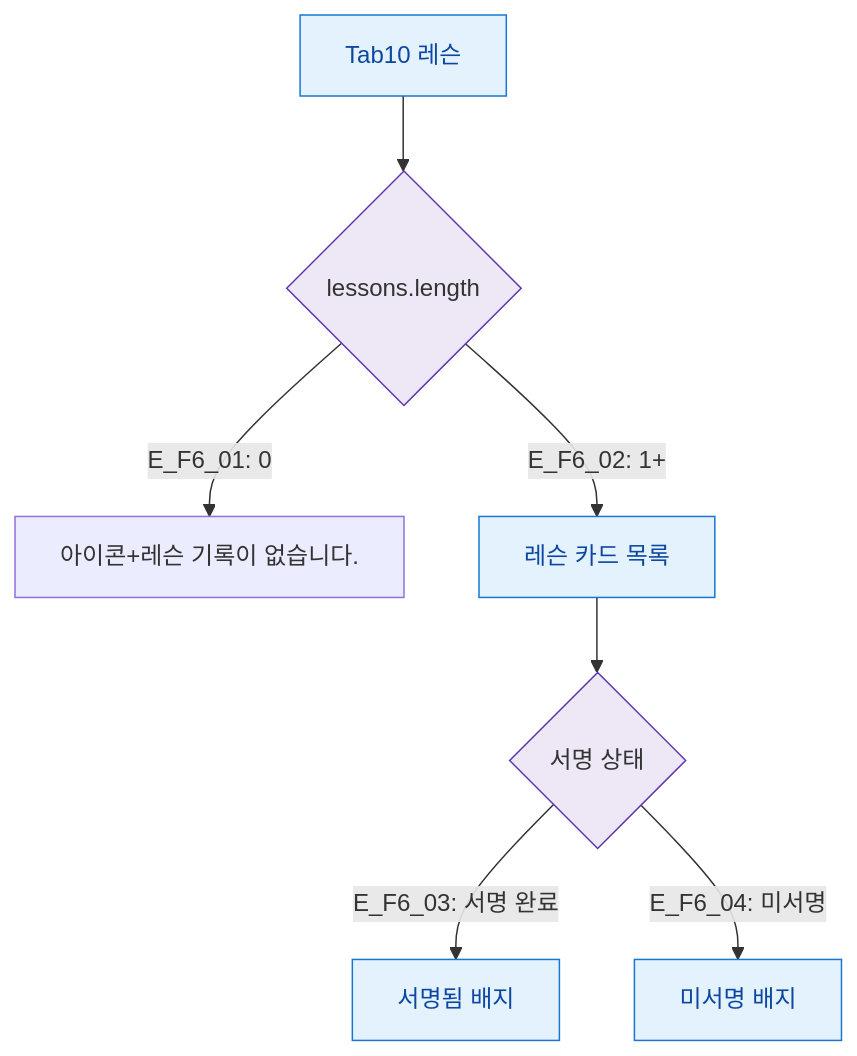
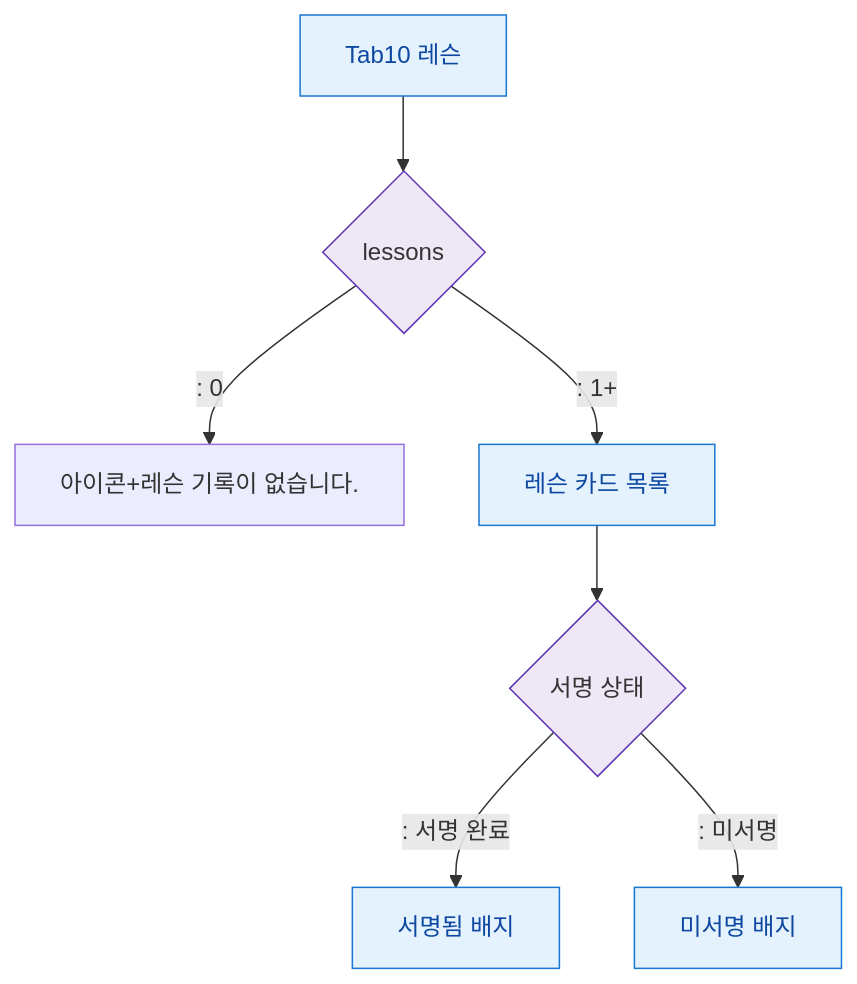
Before and after one commit to dev-spogym/admin-pando: the diagram in docs/다이어그램/D02_회원관리/SCR-M004_회원상세/Tab10_레슨/F6_상태별.md, drawn with Mermaid. The commit also changed other lines of this file and 1660 other files, not shown here.

First line of the commit message:
다이어그램: 기획자/클라이언트 납품본으로 정리

````diff
--- a/docs/다이어그램/D02_회원관리/SCR-M004_회원상세/Tab10_레슨/F6_상태별.md
+++ b/docs/다이어그램/D02_회원관리/SCR-M004_회원상세/Tab10_레슨/F6_상태별.md
@@ -22,15 +20,15 @@
 ```mermaid
 flowchart TD
-  TAB[Tab10 레슨] --> LIST{lessons.length}
-  LIST -->|"E_F6_01: 0"| EMPTY[아이콘+레슨 기록이 없습니다.]
-  LIST -->|"E_F6_02: 1+"| CARDS[레슨 카드 목록]
+  TAB[Tab10 레슨] --> LIST{lessons}
+  LIST -->|": 0"|EMPTY[아이콘+레슨 기록이 없습니다.]
+  LIST -->|": 1+"|CARDS[레슨 카드 목록]
 
   CARDS --> SIGN{서명 상태}
-  SIGN -->|"E_F6_03: 서명 완료"| SIGNED[서명됨 배지]
-  SIGN -->|"E_F6_04: 미서명"| UNSIGNED[미서명 배지]
+  SIGN -->|": 서명 완료"|SIGNED[서명됨 배지]
+  SIGN -->|": 미서명"|UNSIGNED[미서명 배지]
 
   classDef screen fill:#E3F2FD,stroke:#1976D2,color:#0D47A1
   classDef system fill:#EDE7F6,stroke:#5E35B2
   class TAB,CARDS,SIGNED,UNSIGNED screen
   class LIST,SIGN system
 ```
````
